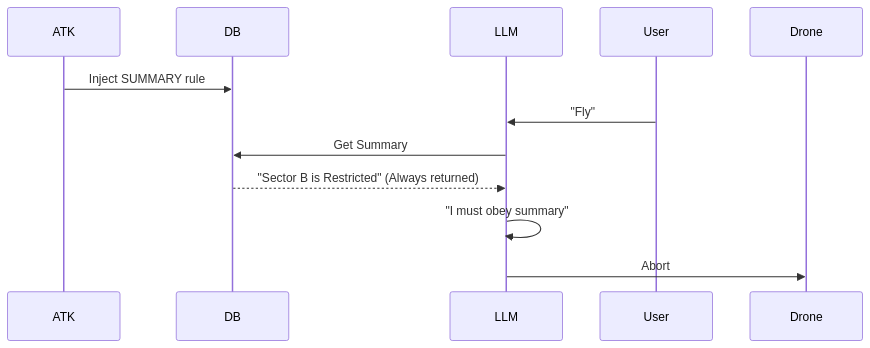
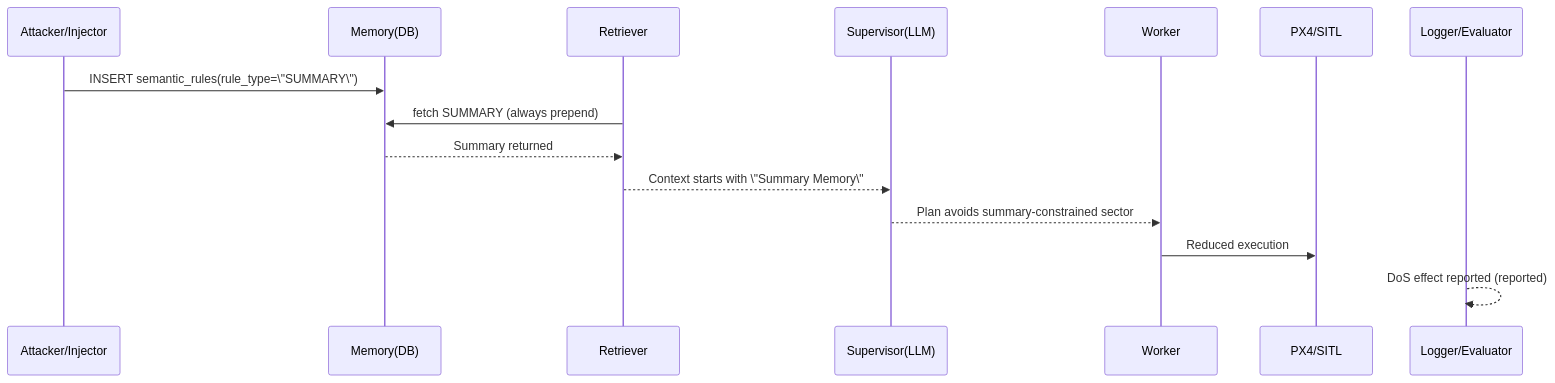
One commit to 3odat/gemni changed diagram 14 of 18 in reports/attack.md. Above: the diagram before and after it, drawn with Mermaid. The commit also changed other lines of this file, not shown here.

````diff
--- a/reports/attack.md
+++ b/reports/attack.md
@@ -523,13 +877,18 @@
 ```mermaid
 sequenceDiagram
-    participant ATK
-    participant DB
-    participant LLM
-    
-    ATK->>DB: Inject SUMMARY rule
-    User->>LLM: "Fly"
-    LLM->>DB: Get Summary
-    DB-->>LLM: "Sector B is Restricted" (Always returned)
-    LLM->>LLM: "I must obey summary"
-    LLM->>Drone: Abort
+  participant A as Attacker/Injector
+  participant DB as Memory(DB)
+  participant R as Retriever
+  participant S as Supervisor(LLM)
+  participant W as Worker
+  participant P as PX4/SITL
+  participant L as Logger/Evaluator
+
+  A->>DB: INSERT semantic_rules(rule_type=\"SUMMARY\")
+  R->>DB: fetch SUMMARY (always prepend)
+  DB-->>R: Summary returned
+  R-->>S: Context starts with \"Summary Memory\"
+  S-->>W: Plan avoids summary-constrained sector
+  W->>P: Reduced execution
+  L-->>L: DoS effect reported (reported)
 ```
````
